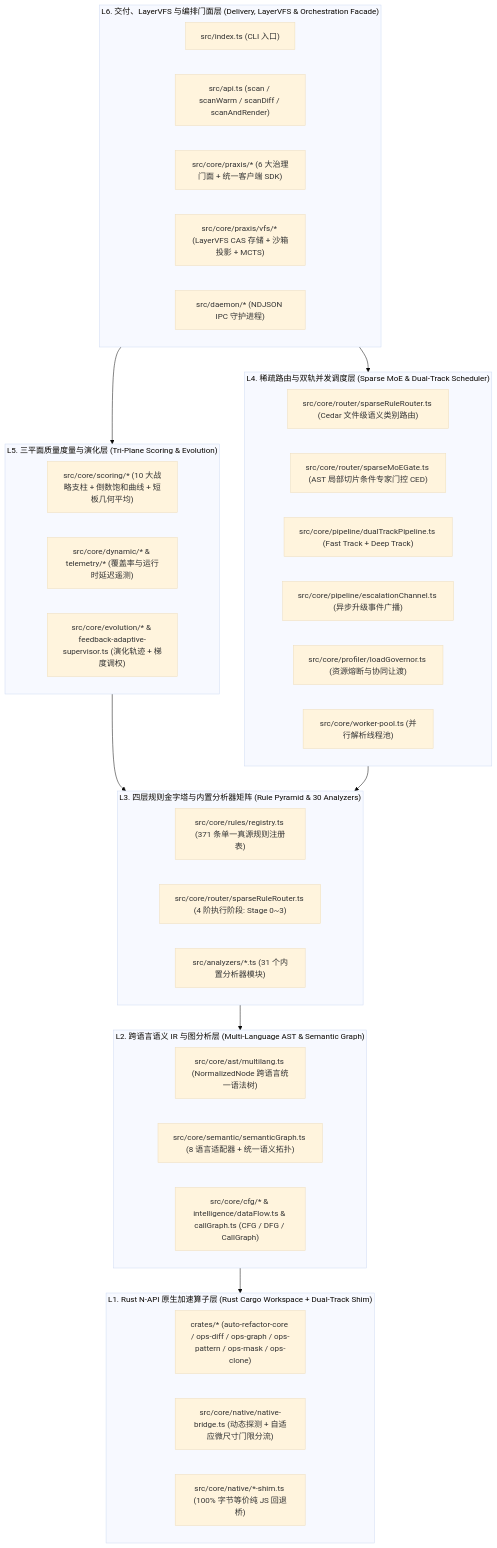
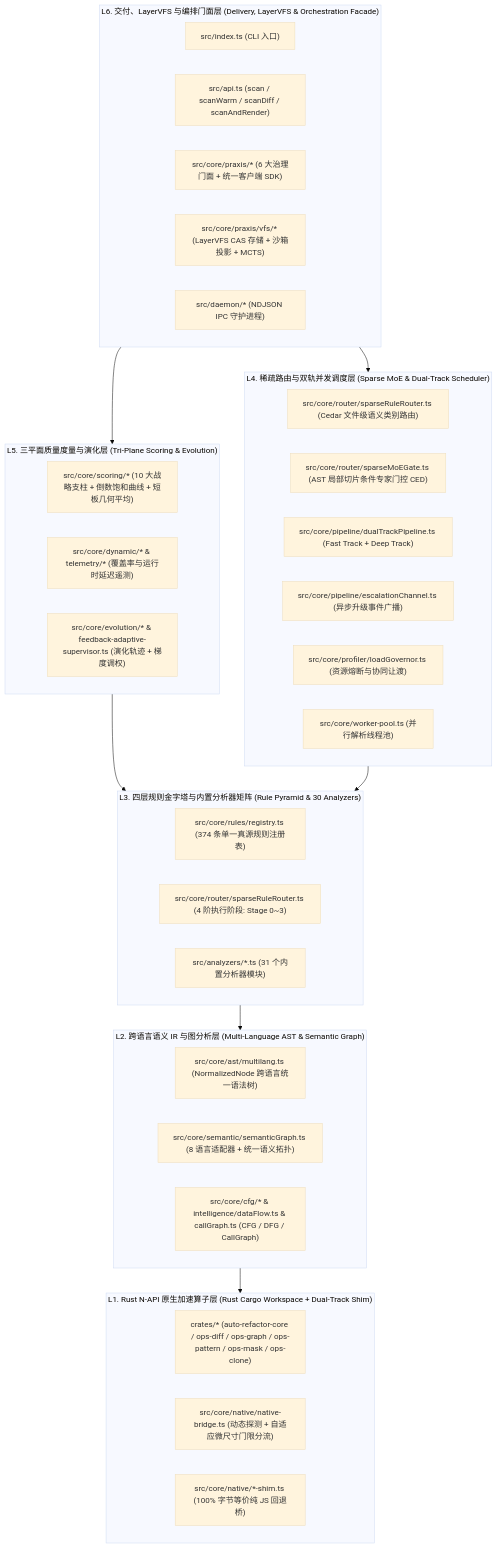
The first of 2 diagrams in auto-refactor/docs/01-architecture/01-system-overview.md (guilingzhouyi-creator/vscode-extensions), drawn with Mermaid (base theme) before and after one commit. The commit also changed other lines of this file and 22 other files, not shown here.

````diff
--- a/auto-refactor/docs/01-architecture/01-system-overview.md
+++ b/auto-refactor/docs/01-architecture/01-system-overview.md
@@ -12,50 +12,50 @@
 ```mermaid
 flowchart TD
   subgraph L6["L6. 交付、LayerVFS 与编排门面层 (Delivery, LayerVFS & Orchestration Facade)"]
     CLI["src/index.ts (CLI 入口)"]
     API["src/api.ts (scan / scanWarm / scanDiff / scanAndRender)"]
     PRAXIS["src/core/praxis/* (6 大治理门面 + 统一客户端 SDK)"]
     VFS["src/core/praxis/vfs/* (LayerVFS CAS 存储 + 沙箱投影 + MCTS)"]
     DAEMON["src/daemon/* (NDJSON IPC 守护进程)"]
   end
 
   subgraph L5["L5. 三平面质量度量与演化层 (Tri-Plane Scoring & Evolution)"]
     STATIC["src/core/scoring/* (10 大战略支柱 + 倒数饱和曲线 + 短板几何平均)"]
     DYNAMIC["src/core/dynamic/* & telemetry/* (覆盖率与运行时延迟遥测)"]
     EVOL["src/core/evolution/* & feedback-adaptive-supervisor.ts (演化轨迹 + 梯度调权)"]
   end
 
   subgraph L4["L4. 稀疏路由与双轨并发调度层 (Sparse MoE & Dual-Track Scheduler)"]
     ROUTER["src/core/router/sparseRuleRouter.ts (Cedar 文件级语义类别路由)"]
     MOE["src/core/router/sparseMoEGate.ts (AST 局部切片条件专家门控 CED)"]
     DUAL["src/core/pipeline/dualTrackPipeline.ts (Fast Track + Deep Track)"]
     ESCALATE["src/core/pipeline/escalationChannel.ts (异步升级事件广播)"]
     GOVERNOR["src/core/profiler/loadGovernor.ts (资源熔断与协同让渡)"]
     POOL["src/core/worker-pool.ts (并行解析线程池)"]
   end
 
   subgraph L3["L3. 四层规则金字塔与内置分析器矩阵 (Rule Pyramid & 30 Analyzers)"]
-    REG["src/core/rules/registry.ts (371 条单一真源规则注册表)"]
+    REG["src/core/rules/registry.ts (374 条单一真源规则注册表)"]
     STAGES["src/core/router/sparseRuleRouter.ts (4 阶执行阶段: Stage 0~3)"]
     ANALYZERS["src/analyzers/*.ts (31 个内置分析器模块)"]
   end
 
   subgraph L2["L2. 跨语言语义 IR 与图分析层 (Multi-Language AST & Semantic Graph)"]
     AST["src/core/ast/multilang.ts (NormalizedNode 跨语言统一语法树)"]
     GRAPH["src/core/semantic/semanticGraph.ts (8 语言适配器 + 统一语义拓扑)"]
     FLOW["src/core/cfg/* & intelligence/dataFlow.ts & callGraph.ts (CFG / DFG / CallGraph)"]
   end
 
   subgraph L1["L1. Rust N-API 原生加速算子层 (Rust Cargo Workspace + Dual-Track Shim)"]
     CRATES["crates/* (auto-refactor-core / ops-diff / ops-graph / ops-pattern / ops-mask / ops-clone)"]
     BRIDGE["src/core/native/native-bridge.ts (动态探测 + 自适应微尺寸门限分流)"]
     SHIM["src/core/native/*-shim.ts (100% 字节等价纯 JS 回退桥)"]
   end
 
   L6 --> L5
   L6 --> L4
   L5 --> L3
   L4 --> L3
   L3 --> L2
   L2 --> L1
 ```
````
